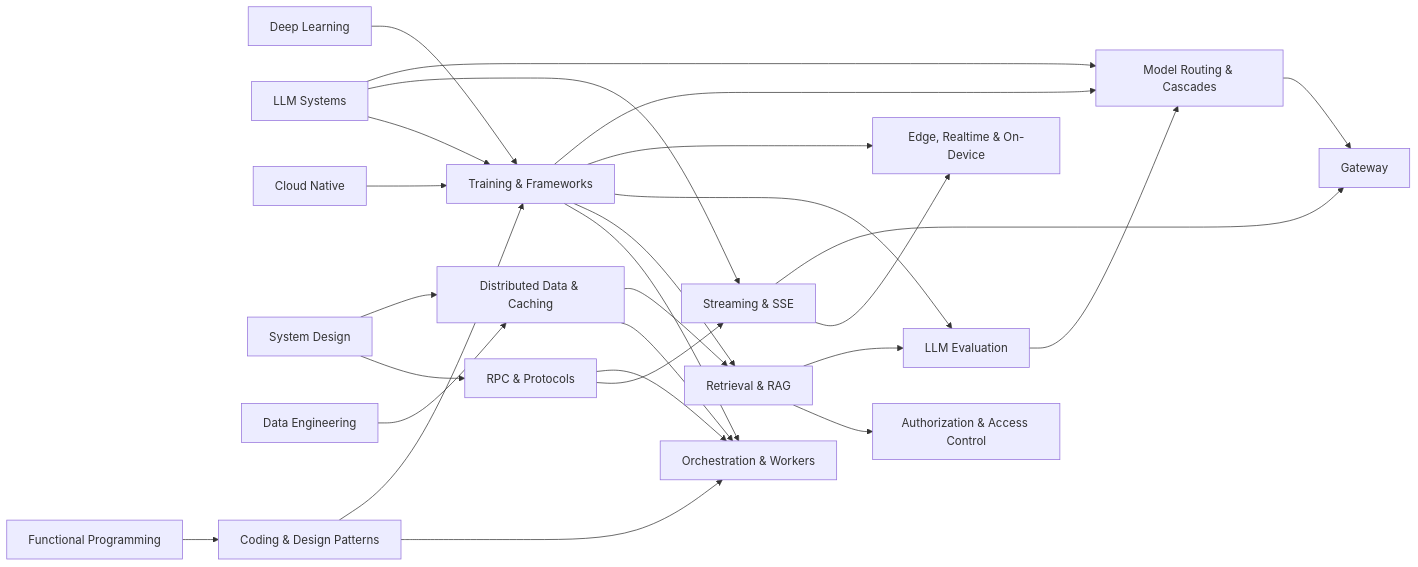
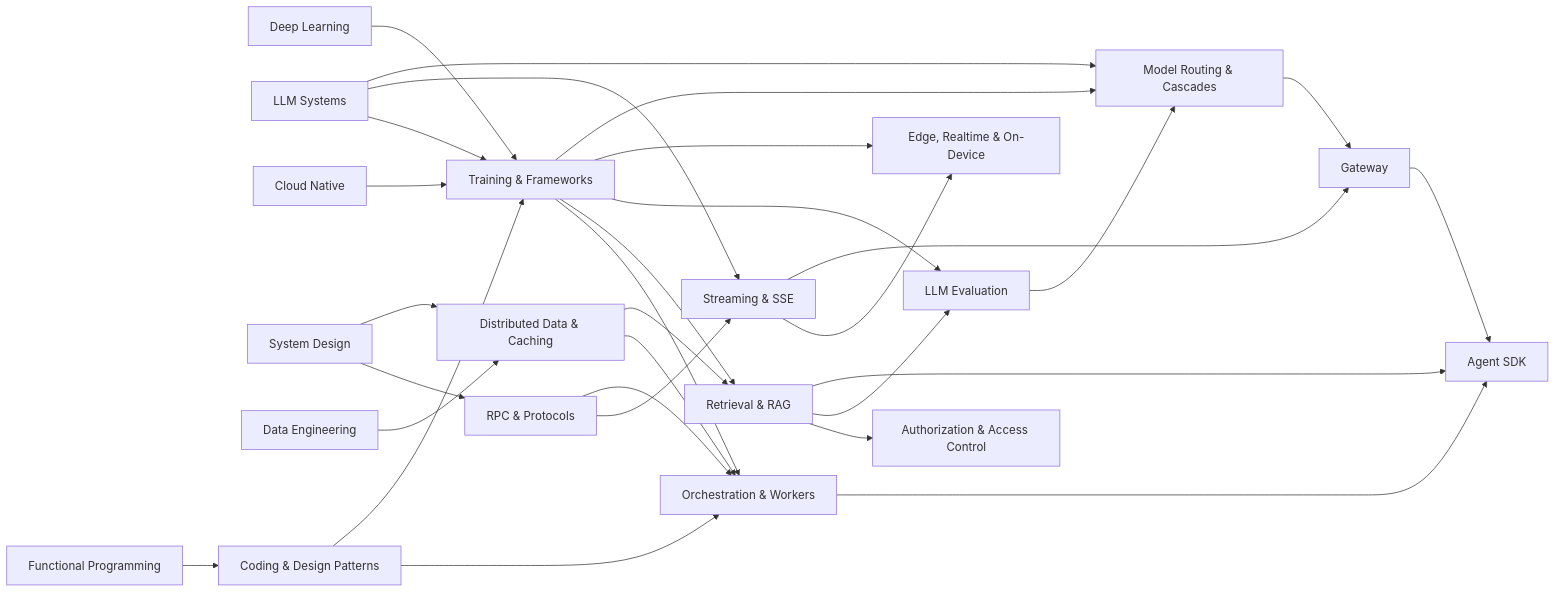
The diagram in ai-platform-engineering/README.md (urmzd/supersource), drawn with Mermaid before and after one commit. The commit also changed other lines of this file and 2080 other files, not shown here.

````diff
--- a/ai-platform-engineering/README.md
+++ b/ai-platform-engineering/README.md
@@ -11,29 +11,32 @@
 ```mermaid
 graph LR
     DL[Deep Learning] --> TF[Training & Frameworks]
     LLM[LLM Systems] --> TF
     CN[Cloud Native] --> TF
     SD[System Design] --> RPC[RPC & Protocols]
     RPC --> SSE[Streaming & SSE]
     LLM --> SSE
     SD --> DDC[Distributed Data & Caching]
     DE[Data Engineering] --> DDC
     DDC --> ORC[Orchestration & Workers]
     TF --> ORC
     RPC --> ORC
     FP[Functional Programming] --> CDP[Coding & Design Patterns]
     CDP --> ORC
     CDP --> TF
     TF --> RAG[Retrieval & RAG]
     DDC --> RAG
     RAG --> AUTH[Authorization & Access Control]
     TF --> EVAL[LLM Evaluation]
     RAG --> EVAL
     TF --> EDGE[Edge, Realtime & On-Device]
     SSE --> EDGE
     EVAL --> ROUTE[Model Routing & Cascades]
     TF --> ROUTE
     LLM --> ROUTE
     SSE --> GWY[Gateway]
     ROUTE --> GWY
+    GWY --> AGT[Agent SDK]
+    ORC --> AGT
+    RAG --> AGT
 ```
````
